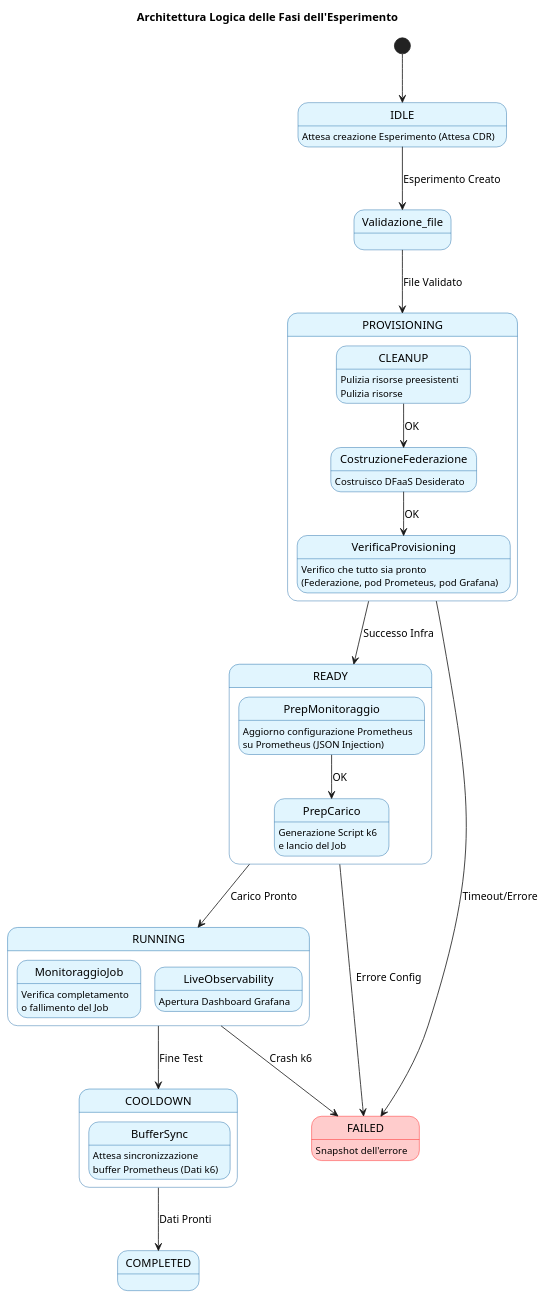
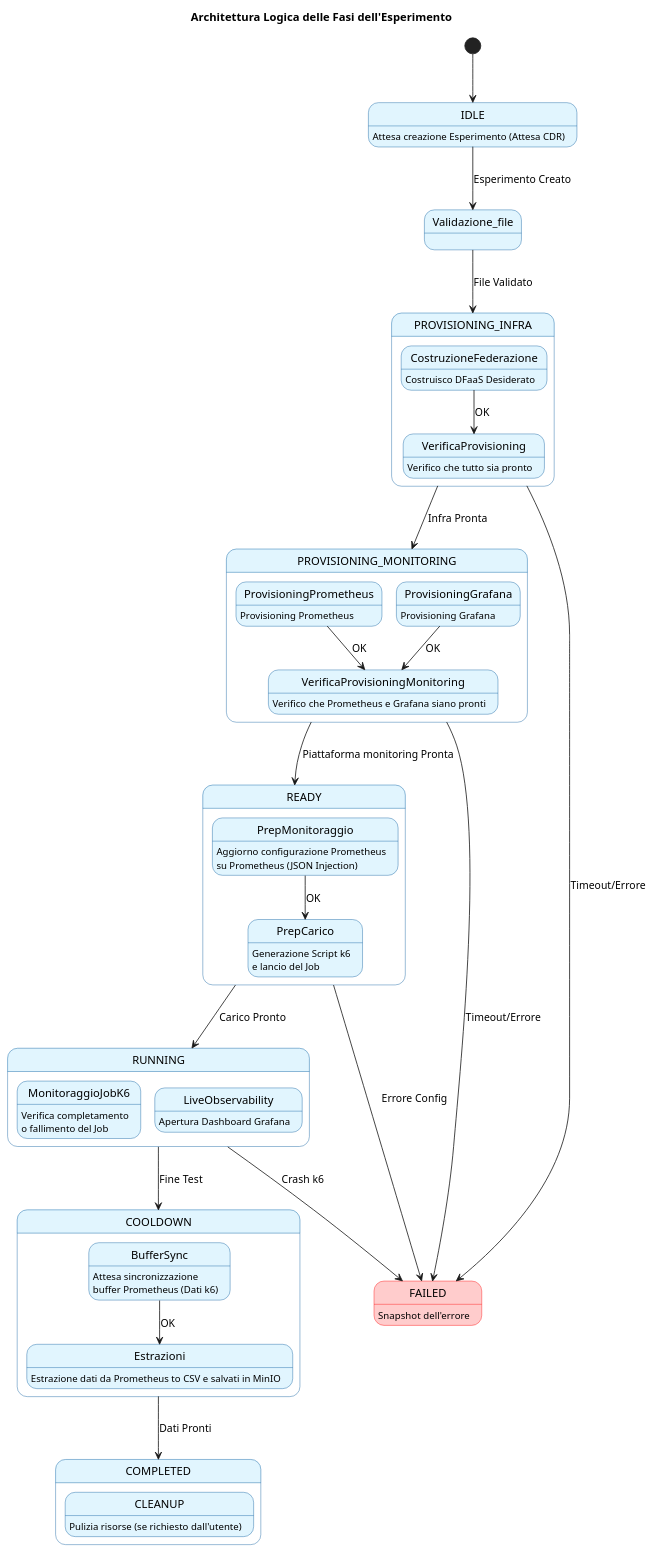
One commit to isired01/DFaaSOperator changed the diagram in UML/stati finiti.puml. Above: the diagram before and after it, drawn with PlantUML. The commit also changed 2 other files, not shown here.

Commit message:
updated state diagram

```diff
--- a/UML/stati finiti.puml
+++ b/UML/stati finiti.puml
@@ -1,75 +1,77 @@
 @startuml
 skinparam backgroundColor #FFFFFF
 skinparam state {
   BackgroundColor #E1F5FE
   BorderColor #01579B
   BackgroundColor<<Error>> #FFCCCC
   BorderColor<<Error>> #FF0000
 }
 
 title Architettura Logica delle Fasi dell'Esperimento
 
 [*] --> IDLE 
 
 state IDLE{
   IDLE : Attesa creazione Esperimento (Attesa CDR)
 }
 
-IDLE --> Validazione_file : Esperimento Creato
-
-
-Validazione_file --> PROVISIONING : File Validato
-
-
-state PROVISIONING {
-  CLEANUP : Pulizia risorse preesistenti
-  CLEANUP --> CostruzioneFederazione : OK
+state PROVISIONING_INFRA {
   CostruzioneFederazione : Costruisco DFaaS Desiderato
   CostruzioneFederazione --> VerificaProvisioning : OK
   VerificaProvisioning : Verifico che tutto sia pronto
-  VerificaProvisioning : (Federazione, pod Prometeus, pod Grafana)
+}
 
+state PROVISIONING_MONITORING {
+  ProvisioningPrometheus : Provisioning Prometheus
+  ProvisioningPrometheus --> VerificaProvisioningMonitoring : OK
+  ProvisioningGrafana : Provisioning Grafana
+  ProvisioningGrafana --> VerificaProvisioningMonitoring : OK
+  VerificaProvisioningMonitoring : Verifico che Prometheus e Grafana siano pronti
+  
 }
 
 state READY {
   PrepMonitoraggio : Aggiorno configurazione Prometheus
   PrepMonitoraggio : su Prometheus (JSON Injection)
   PrepMonitoraggio --> PrepCarico : OK
   PrepCarico : Generazione Script k6 
   PrepCarico : e lancio del Job
 }
 
 state RUNNING {
-  MonitoraggioJob : Verifica completamento 
-  MonitoraggioJob : o fallimento del Job
-
+  MonitoraggioJobK6 : Verifica completamento 
+  MonitoraggioJobK6 : o fallimento del Job
   LiveObservability : Apertura Dashboard Grafana 
-
 }
 
 state COOLDOWN {
   BufferSync : Attesa sincronizzazione 
   BufferSync : buffer Prometheus (Dati k6)
+  BufferSync --> Estrazioni : OK
+  Estrazioni : Estrazione dati da Prometheus to CSV e salvati in MinIO
 }
 
 state COMPLETED {
-  CLEANUP : Pulizia risorse
-
+  CLEANUP : Pulizia risorse (se richiesto dall'utente)
 }
 
 ' Transizioni di alto livello
-PROVISIONING --> READY : Successo Infra
+IDLE --> Validazione_file : Esperimento Creato
+Validazione_file -->  PROVISIONING_INFRA: File Validato
+PROVISIONING_INFRA --> PROVISIONING_MONITORING : Infra Pronta
+PROVISIONING_MONITORING --> READY : Piattaforma monitoring Pronta
 READY --> RUNNING : Carico Pronto
 RUNNING --> COOLDOWN : Fine Test
 COOLDOWN --> COMPLETED : Dati Pronti
 
 ' Gestione Errore
-PROVISIONING --> FAILED : Timeout/Errore
+PROVISIONING_INFRA --> FAILED : Timeout/Errore
+PROVISIONING_MONITORING --> FAILED : Timeout/Errore
 READY --> FAILED : Errore Config
 RUNNING --> FAILED : Crash k6
 
 state FAILED <<Error>> {
   FAILED : Snapshot dell'errore
 }
 
 @enduml
```
